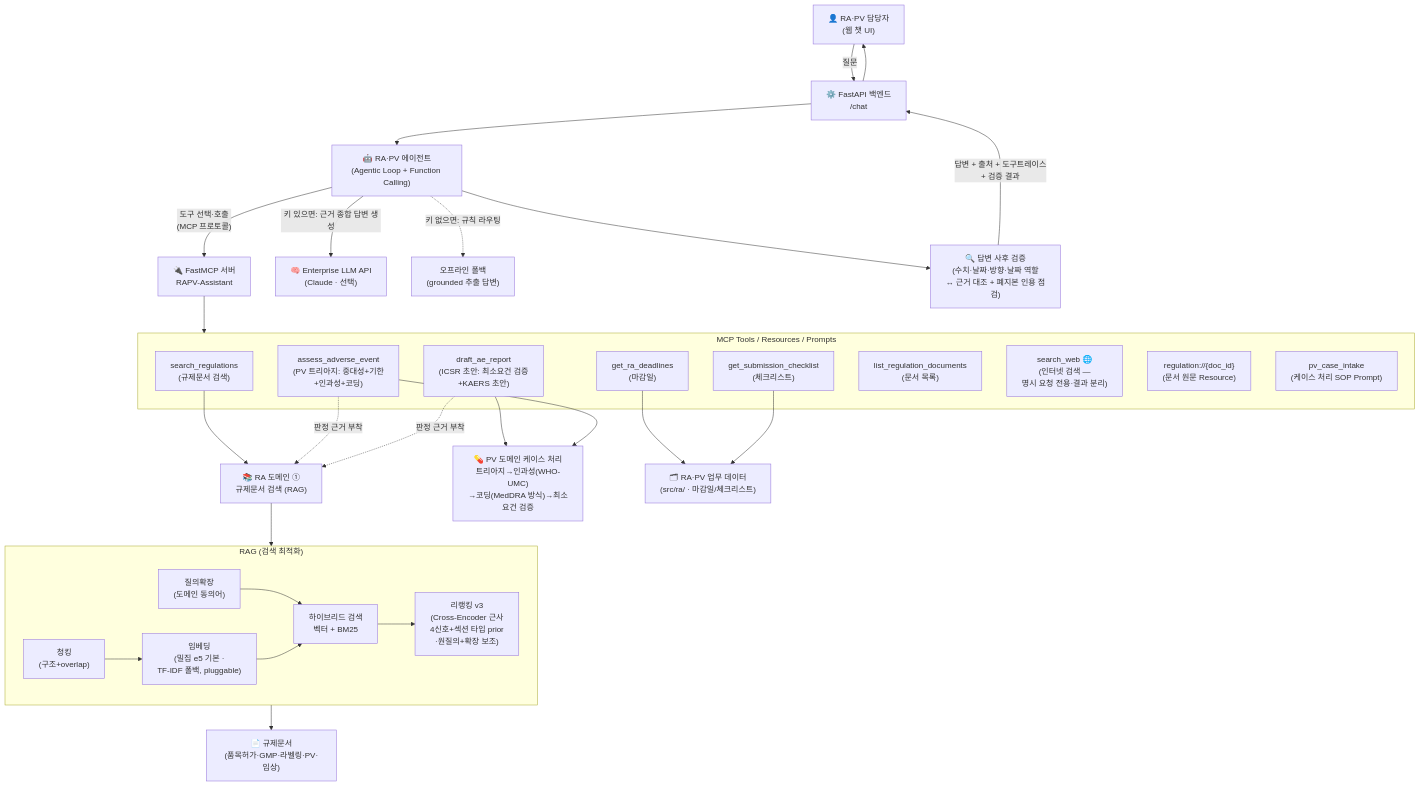
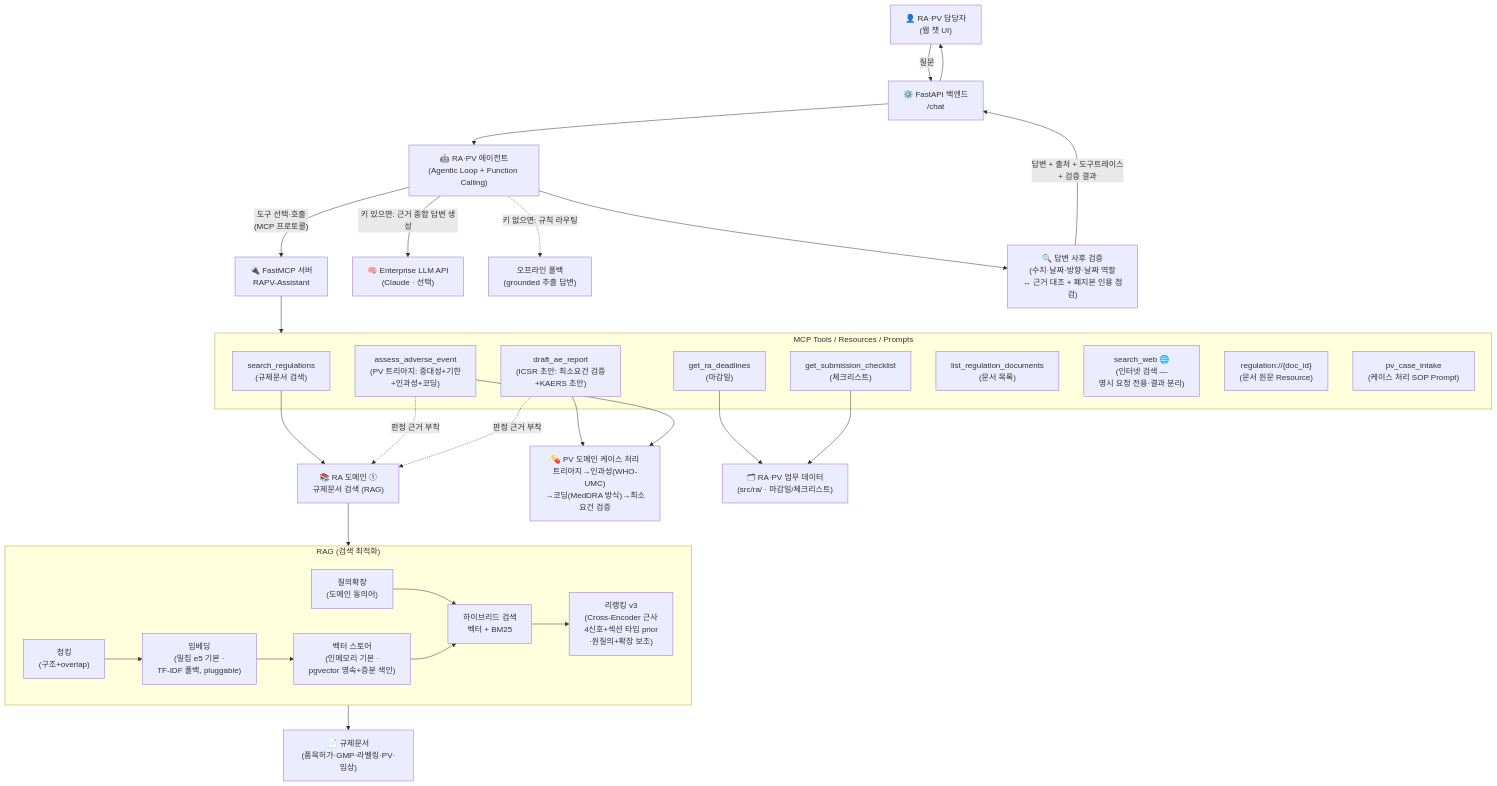
One commit to chaeyoo/pharma-assistant changed the diagram in project/README.md. Above: the diagram before and after it, drawn with Mermaid. The commit also changed other lines of this file and 16 other files, not shown here.

First line of the commit message:
feat(rag): pgvector 영속 벡터 스토어 — 증분 색인 + DB 측 유사도 검색

````diff
--- a/project/README.md
+++ b/project/README.md
@@ -35,43 +35,44 @@
 ```mermaid
 flowchart TB
     U["👤 RA·PV 담당자<br/>(웹 챗 UI)"] -->|질문| API["⚙️ FastAPI 백엔드<br/>/chat"]
     API --> AG["🤖 RA·PV 에이전트<br/>(Agentic Loop + Function Calling)"]
 
     AG -->|"도구 선택·호출<br/>(MCP 프로토콜)"| MCP["🔌 FastMCP 서버<br/>RAPV-Assistant"]
 
     subgraph MCP_TOOLS["MCP Tools / Resources / Prompts"]
         T1["search_regulations<br/>(규제문서 검색)"]
         T2["get_ra_deadlines<br/>(마감일)"]
         T3["get_submission_checklist<br/>(체크리스트)"]
         T4["assess_adverse_event<br/>(PV 트리아지: 중대성+기한<br/>+인과성+코딩)"]
         T5["draft_ae_report<br/>(ICSR 초안: 최소요건 검증<br/>+KAERS 초안)"]
         T6["list_regulation_documents<br/>(문서 목록)"]
         T7["search_web 🌐<br/>(인터넷 검색 —<br/>명시 요청 전용·결과 분리)"]
         R1["regulation://{doc_id}<br/>(문서 원문 Resource)"]
         P1["pv_case_intake<br/>(케이스 처리 SOP Prompt)"]
     end
     MCP --> MCP_TOOLS
 
     T1 --> RAG["📚 RA 도메인 ①<br/>규제문서 검색 (RAG)"]
     T4 -.->|"판정 근거 부착"| RAG
     T5 -.->|"판정 근거 부착"| RAG
     T5 --> PV["💊 PV 도메인 케이스 처리<br/>트리아지→인과성(WHO-UMC)<br/>→코딩(MedDRA 방식)→최소요건 검증"]
     T4 --> PV
     subgraph RAG_PIPE["RAG (검색 최적화)"]
         C1["청킹<br/>(구조+overlap)"] --> C2["임베딩<br/>(밀집 e5 기본 ·<br/>TF-IDF 폴백, pluggable)"]
         C0["질의확장<br/>(도메인 동의어)"] --> C3["하이브리드 검색<br/>벡터 + BM25"]
-        C2 --> C3
+        C2 --> VS["벡터 스토어<br/>(인메모리 기본 ·<br/>pgvector 영속+증분 색인)"]
+        VS --> C3
         C3 --> C4["리랭킹 v3<br/>(Cross-Encoder 근사<br/>4신호+섹션 타입 prior<br/>·원질의+확장 보조)"]
     end
     RAG --> RAG_PIPE
     RAG_PIPE --> DOCS["📄 규제문서<br/>(품목허가·GMP·라벨링·PV·임상)"]
 
     T2 --> DB["🗂 RA·PV 업무 데이터<br/>(src/ra/ · 마감일/체크리스트)"]
     T3 --> DB
 
     AG -->|"키 있으면: 근거 종합 답변 생성"| LLM["🧠 Enterprise LLM API<br/>(Claude · 선택)"]
     AG -.->|"키 없으면: 규칙 라우팅"| FB["오프라인 폴백<br/>(grounded 추출 답변)"]
 
     AG --> VER["🔍 답변 사후 검증<br/>(수치·날짜·방향·날짜 역할<br/>↔ 근거 대조 + 폐지본 인용 점검)"]
     VER -->|"답변 + 출처 + 도구트레이스<br/>+ 검증 결과"| API --> U
 ```
````
